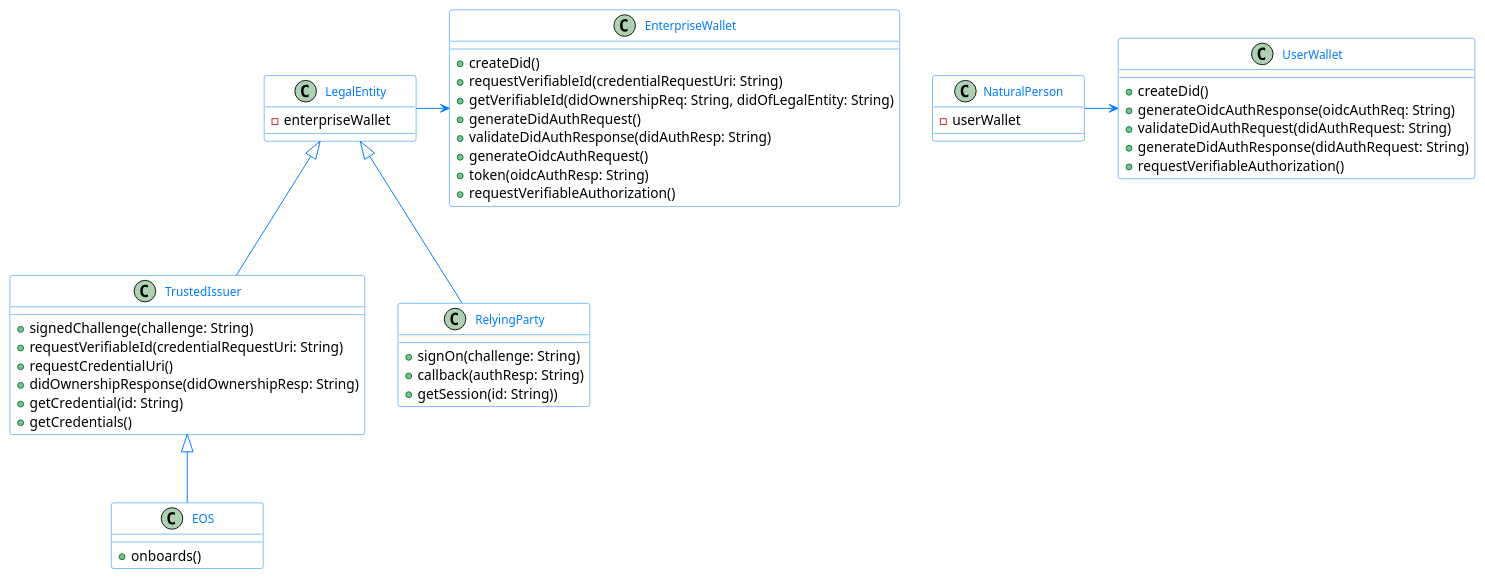
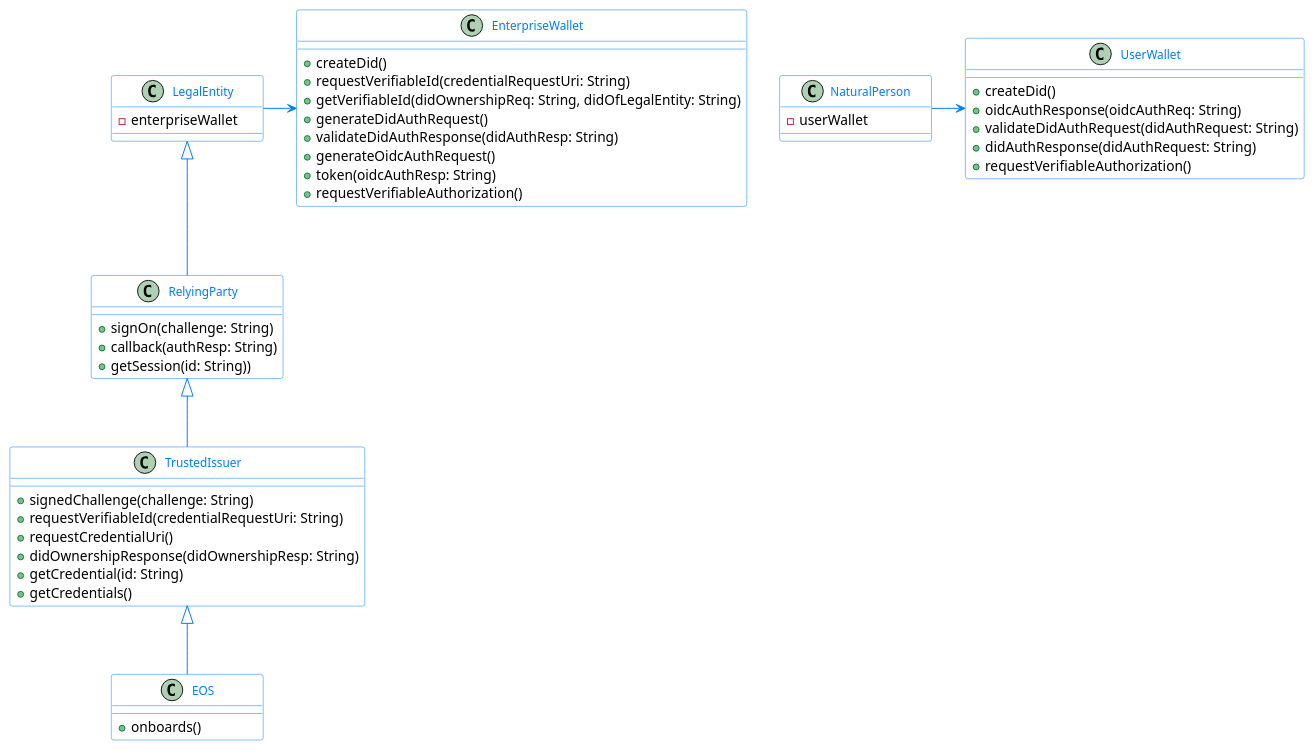
The diagram in src/main/kotlin/org/letstrust/examples/letstrust-essif-components.puml (walt-id/waltid-ssikit), drawn with PlantUML before and after one commit. The commit also changed 9 other files, not shown here.

Commit message:
Added VC issuance Flow

```diff
--- a/src/main/kotlin/org/letstrust/examples/letstrust-essif-components.puml
+++ b/src/main/kotlin/org/letstrust/examples/letstrust-essif-components.puml
@@ -1,84 +1,84 @@
 @startuml
 'https://plantuml.com/class-diagram
 
 skinparam classFontColor 007BFF
 skinparam classFontSize 12
 skinparam classFontName Aapex
 skinparam backgroundColor white
 skinparam minClassWidth 155
 skinparam nodesep 34
 skinparam ranksep 70
 
 skinparam class {
 BorderColor 007BFF
 ArrowColor 007BFF
 BackgroundColor white
 }
 
 skinparam interface {
 BorderColor 007BFF
 ArrowColor 007BFF
 }
 
 skinparam note {
 BorderColor 007BFF
 BackgroundColor 7ACFF5
 }
 
 LegalEntity -> EnterpriseWallet
-LegalEntity <|-- TrustedIssuer
 LegalEntity <|-- RelyingParty
+RelyingParty <|-- TrustedIssuer
 TrustedIssuer <|-- EOS
 
 'EnterpriseWallet ..> EOS: onboards >
 'UserWallet ..> EOS: onboards >
 
 NaturalPerson -> UserWallet
 
 class EnterpriseWallet {
 + createDid()
 + requestVerifiableId(credentialRequestUri: String)
 + getVerifiableId(didOwnershipReq: String, didOfLegalEntity: String)
 + generateDidAuthRequest()
 + validateDidAuthResponse(didAuthResp: String)
 + generateOidcAuthRequest()
 + token(oidcAuthResp: String)
 + requestVerifiableAuthorization()
 }
 
 class UserWallet {
 + createDid()
-+ generateOidcAuthResponse(oidcAuthReq: String)
++ oidcAuthResponse(oidcAuthReq: String)
 + validateDidAuthRequest(didAuthRequest: String)
-+ generateDidAuthResponse(didAuthRequest: String)
++ didAuthResponse(didAuthRequest: String)
 + requestVerifiableAuthorization()
 }
 
 class LegalEntity {
  - enterpriseWallet
 }
 
 class RelyingParty {
  + signOn(challenge: String)
  + callback(authResp: String)
  + getSession(id: String))
 }
 
 class TrustedIssuer {
  + signedChallenge(challenge: String)
  + requestVerifiableId(credentialRequestUri: String)
  + requestCredentialUri()
  + didOwnershipResponse(didOwnershipResp: String)
  + getCredential(id: String)
  + getCredentials()
 }
 
 class EOS {
  + onboards()
 }
 
 class NaturalPerson {
  - userWallet
 }
 
 @enduml
```
